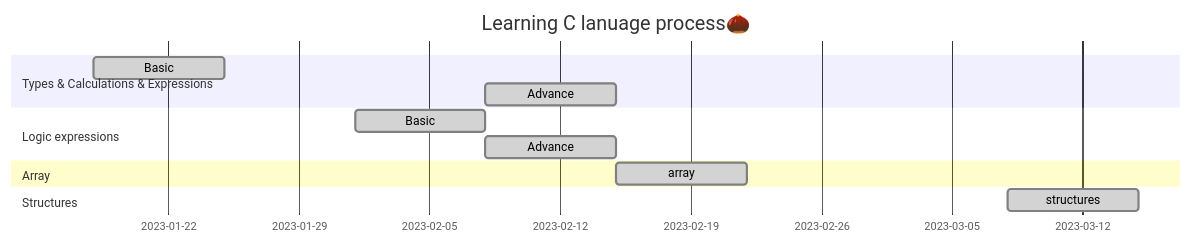
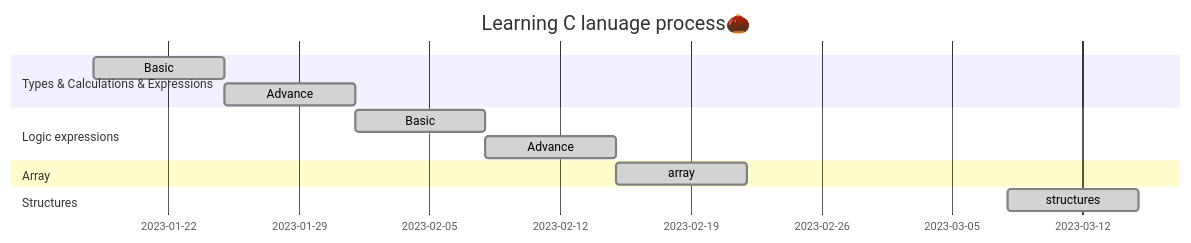
Before and after one commit to AimeeWen1992/Learning-C: the second of 2 diagrams in README.md, drawn with Mermaid.

````diff
--- a/README.md
+++ b/README.md
@@ -32,21 +32,21 @@
 ```mermaid
 gantt
 title Learning C lanuage process🌰
 
 dateFormat MM-DD
 
 section Types & Calculations & Expressions
-Basic :done,des1,01-18,7d
-Advance :done,des2,after des1,7d
+Basic :done,01-18,7d
+Advance :done,01-25,7d
 
 section Logic expressions
 Basic :done,des1,02-01,7d
 Advance :done,des2,after des1,7d
 
 section Array
 array :done,02-15,7d
 
 section Structures
 structures :done,03-08,7d
 
 ```
````
